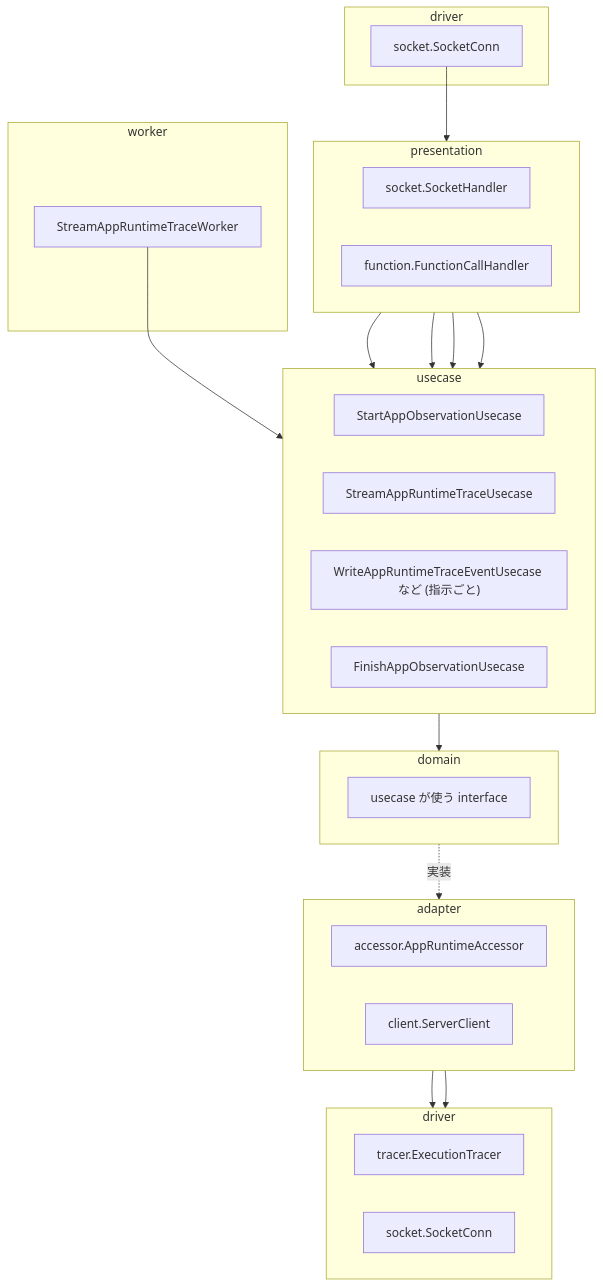
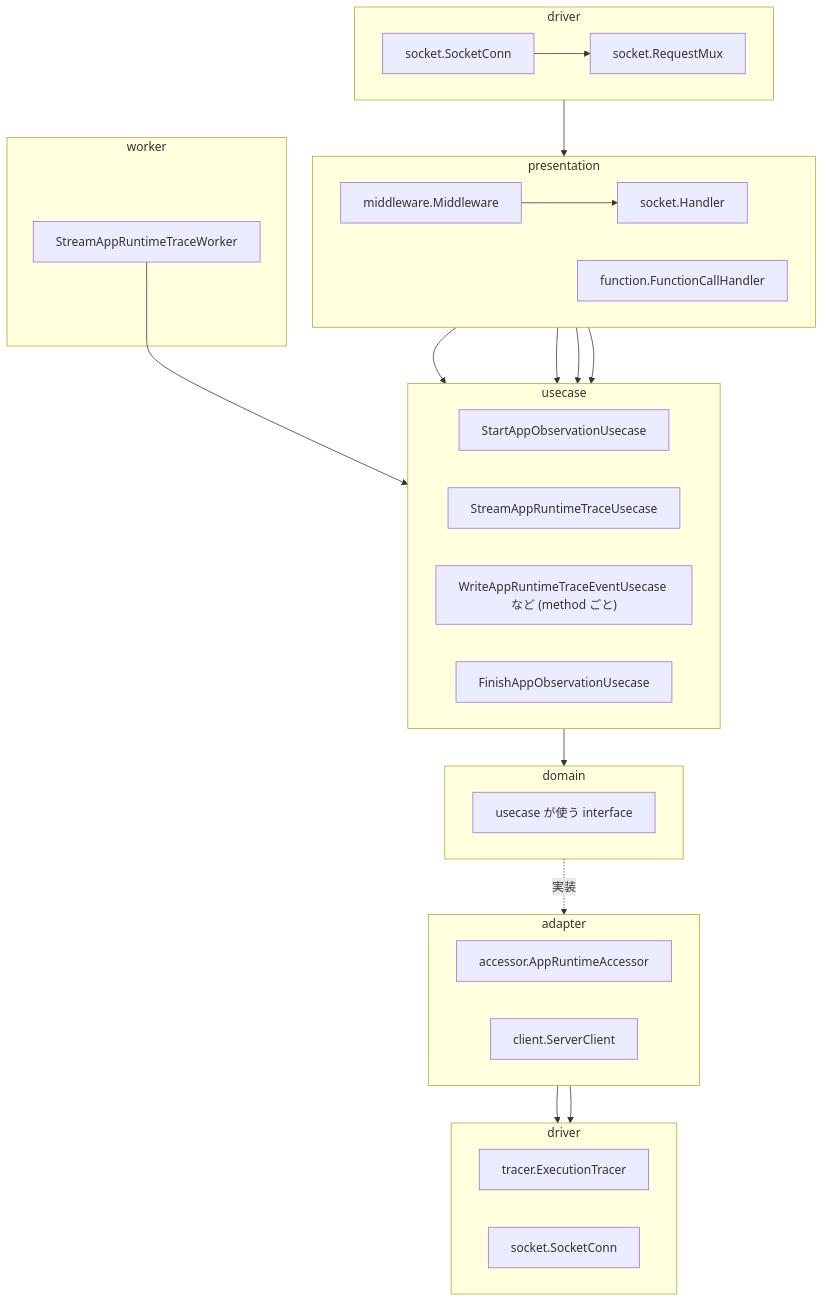
Before and after one commit to kakkky/gorviz: the third of 4 diagrams in docs/architecture.md, drawn with Mermaid. The commit also changed other lines of this file and 1 other file, not shown here.

First line of the commit message:
docs: let one Handler per entry list its routes for the muxes in the drivers, route socket messages by message type and request method, catch socket errors in middleware, and call the agent protocol's messages MessageType, Request, Method and Response

````diff
--- a/docs/architecture.md
+++ b/docs/architecture.md
@@ -120,45 +120,48 @@
 ```mermaid
 flowchart TD
     subgraph driverIn["driver"]
+        direction LR
         SocketConn["socket.SocketConn"]
+        RequestMux["socket.RequestMux"]
     end
     subgraph presentation["presentation"]
         direction LR
-        SocketHandler["socket.SocketHandler"]
+        Middleware["middleware.Middleware"]
+        SocketHandler["socket.Handler"]
         FunctionCallHandler["function.FunctionCallHandler"]
     end
     subgraph worker["worker"]
         StreamAppRuntimeTraceWorker
     end
     subgraph usecase["usecase"]
         direction LR
         StartAppObservationUsecase
         StreamAppRuntimeTraceUsecase
-        InstructionUsecases["WriteAppRuntimeTraceEventUsecase など (指示ごと)"]
+        RequestUsecases["WriteAppRuntimeTraceEventUsecase など (method ごと)"]
         FinishAppObservationUsecase
     end
     subgraph domain["domain"]
         Interfaces["usecase が使う interface"]
     end
     subgraph adapter["adapter"]
         direction LR
         AppRuntimeAccessor["accessor.AppRuntimeAccessor"]
         ServerClient["client.ServerClient"]
     end
     subgraph driverOut["driver"]
         direction LR
         ExecutionTracer["tracer.ExecutionTracer"]
         SocketConnOut["socket.SocketConn"]
     end
 
-    SocketConn --> SocketHandler
-    SocketHandler --> InstructionUsecases
+    SocketConn --> RequestMux --> Middleware --> SocketHandler
+    SocketHandler --> RequestUsecases
     SocketHandler --> FinishAppObservationUsecase
     StreamAppRuntimeTraceWorker --> StreamAppRuntimeTraceUsecase
     FunctionCallHandler --> StartAppObservationUsecase
     FunctionCallHandler --> FinishAppObservationUsecase
     usecase --> domain
     domain -. 実装 .-> adapter
     AppRuntimeAccessor --> ExecutionTracer
     ServerClient --> SocketConnOut
 ```
````
